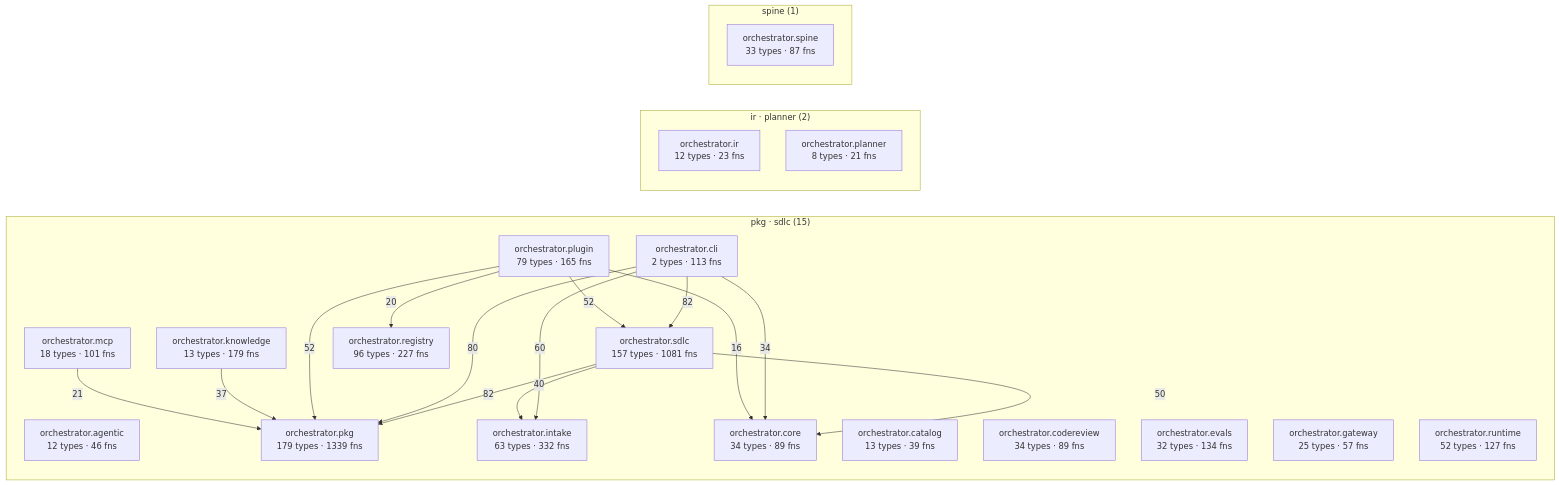
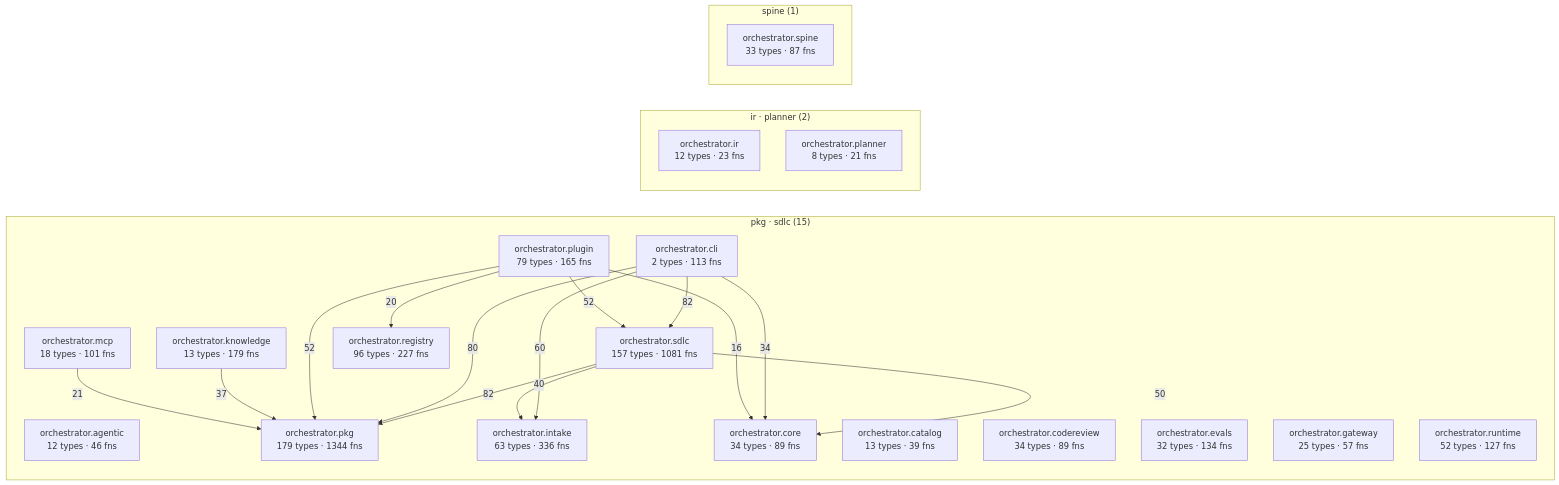
The diagram in episteme/architecture.md (synaptixs/spine), drawn with Mermaid before and after one commit. The commit also changed other lines of this file and 20 other files, not shown here.

````diff
--- a/episteme/architecture.md
+++ b/episteme/architecture.md
@@ -56,40 +56,40 @@
 ```mermaid
 flowchart LR
   subgraph c_2["pkg · sdlc (15)"]
     aorchestratoragentic["orchestrator.agentic<br/>12 types · 46 fns"]
     aorchestratorcatalog["orchestrator.catalog<br/>13 types · 39 fns"]
     aorchestratorcli["orchestrator.cli<br/>2 types · 113 fns"]
     aorchestratorcodereview["orchestrator.codereview<br/>34 types · 89 fns"]
     aorchestratorcore["orchestrator.core<br/>34 types · 89 fns"]
     aorchestratorevals["orchestrator.evals<br/>32 types · 134 fns"]
     aorchestratorgateway["orchestrator.gateway<br/>25 types · 57 fns"]
-    aorchestratorintake["orchestrator.intake<br/>63 types · 332 fns"]
+    aorchestratorintake["orchestrator.intake<br/>63 types · 336 fns"]
     aorchestratorknowledge["orchestrator.knowledge<br/>13 types · 179 fns"]
     aorchestratormcp["orchestrator.mcp<br/>18 types · 101 fns"]
-    aorchestratorpkg["orchestrator.pkg<br/>179 types · 1339 fns"]
+    aorchestratorpkg["orchestrator.pkg<br/>179 types · 1344 fns"]
     aorchestratorplugin["orchestrator.plugin<br/>79 types · 165 fns"]
     aorchestratorregistry["orchestrator.registry<br/>96 types · 227 fns"]
     aorchestratorruntime["orchestrator.runtime<br/>52 types · 127 fns"]
     aorchestratorsdlc["orchestrator.sdlc<br/>157 types · 1081 fns"]
   end
   subgraph c_5["ir · planner (2)"]
     aorchestratorir["orchestrator.ir<br/>12 types · 23 fns"]
     aorchestratorplanner["orchestrator.planner<br/>8 types · 21 fns"]
   end
   subgraph c_10["spine (1)"]
     aorchestratorspine["orchestrator.spine<br/>33 types · 87 fns"]
   end
   aorchestratorcli -->|82| aorchestratorsdlc
   aorchestratorsdlc -->|82| aorchestratorpkg
   aorchestratorcli -->|80| aorchestratorpkg
   aorchestratorcli -->|60| aorchestratorintake
   aorchestratorplugin -->|52| aorchestratorpkg
   aorchestratorplugin -->|52| aorchestratorsdlc
   aorchestratorsdlc -->|50| aorchestratorcore
   aorchestratorsdlc -->|40| aorchestratorintake
   aorchestratorknowledge -->|37| aorchestratorpkg
   aorchestratorcli -->|34| aorchestratorcore
   aorchestratormcp -->|21| aorchestratorpkg
   aorchestratorplugin -->|20| aorchestratorregistry
   aorchestratorplugin -->|16| aorchestratorcore
 ```
````
